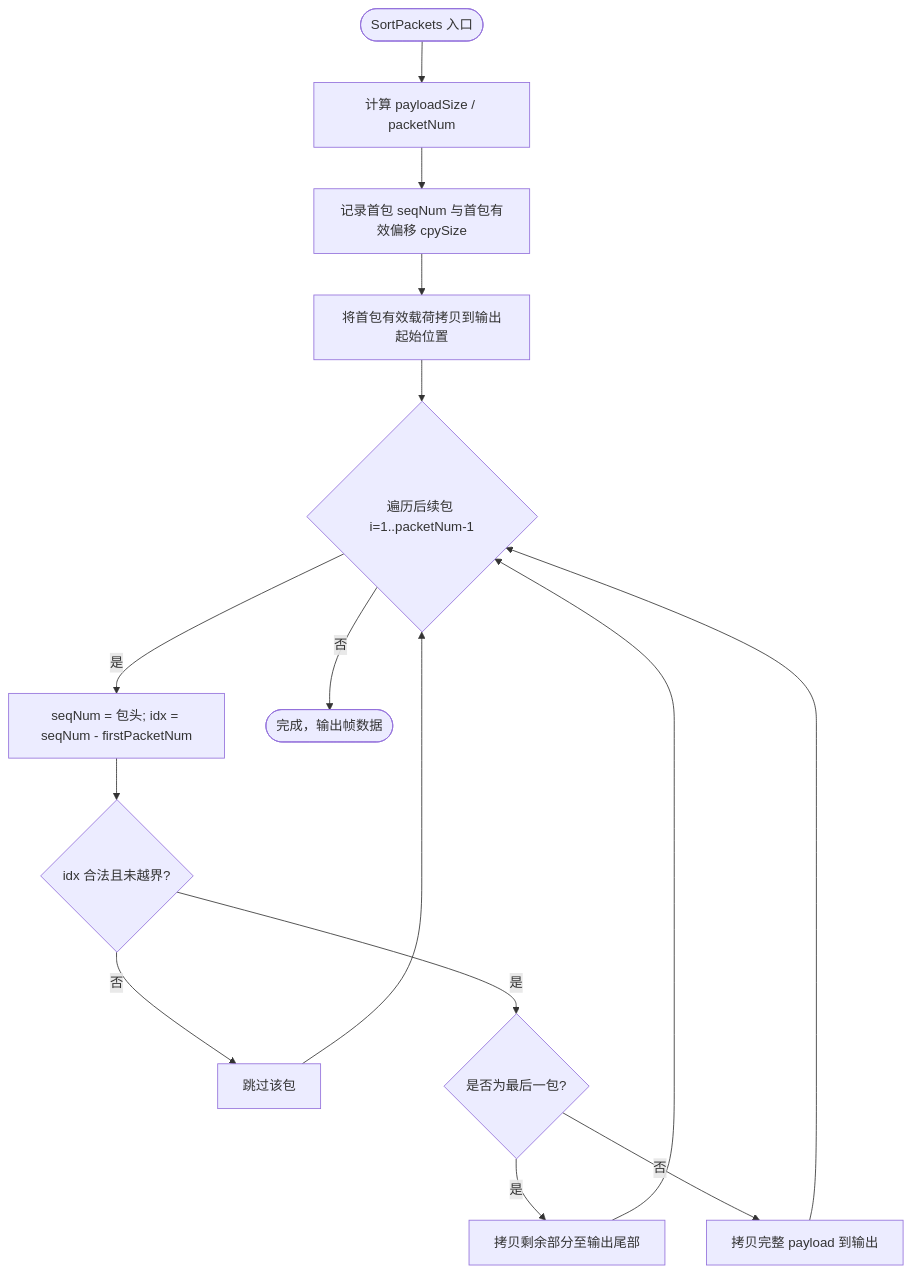
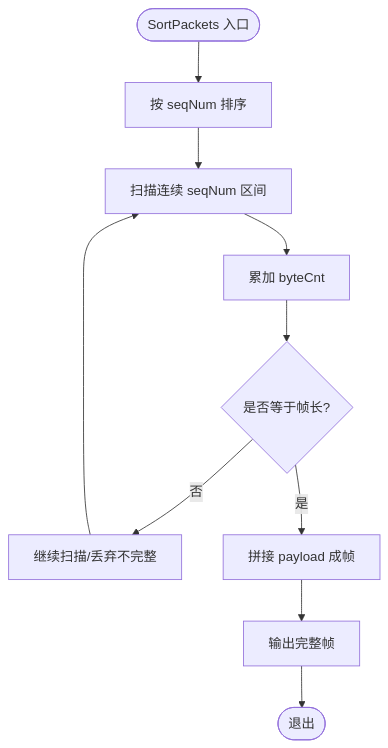
The fifth of 6 diagrams in .qoder/repowiki/zh/content/网络数据链路与解析/数据接收与帧重组.md (Lukad77/awr1843-radar-toolkit), drawn with Mermaid before and after one commit. The commit also changed other lines of this file and 106 other files, not shown here.

````diff
--- a/.qoder/repowiki/zh/content/网络数据链路与解析/数据接收与帧重组.md
+++ b/.qoder/repowiki/zh/content/网络数据链路与解析/数据接收与帧重组.md
@@ -219,14 +197,12 @@
 ```mermaid
 flowchart TD
-S(["SortPackets 入口"]) --> Calc["计算 payloadSize / packetNum"]
-Calc --> First["记录首包 seqNum 与首包有效偏移 cpySize"]
-First --> CopyFirst["将首包有效载荷拷贝到输出起始位置"]
-CopyFirst --> Loop{"遍历后续包 i=1..packetNum-1"}
-Loop --> |是| MapSeq["seqNum = 包头; idx = seqNum - firstPacketNum"]
-MapSeq --> Valid{"idx 合法且未越界?"}
-Valid --> |否| Next["跳过该包"] --> Loop
-Valid --> |是| IsLast{"是否为最后一包?"}
-IsLast --> |是| CopyTail["拷贝剩余部分至输出尾部"] --> Loop
-IsLast --> |否| CopyFull["拷贝完整 payload 到输出"] --> Loop
-Loop --> |否| End(["完成，输出帧数据"])
+S(["SortPackets 入口"]) --> Sort["按 seqNum 排序"]
+Sort --> Scan["扫描连续 seqNum 区间"]
+Scan --> Sum["累加 byteCnt"]
+Sum --> Check{"是否等于帧长?"}
+Check --> |否| Next["继续扫描/丢弃不完整"]
+Check --> |是| Join["拼接 payload 成帧"]
+Join --> Emit["输出完整帧"]
+Next --> Scan
+Emit --> E(["退出"])
 ```
````
